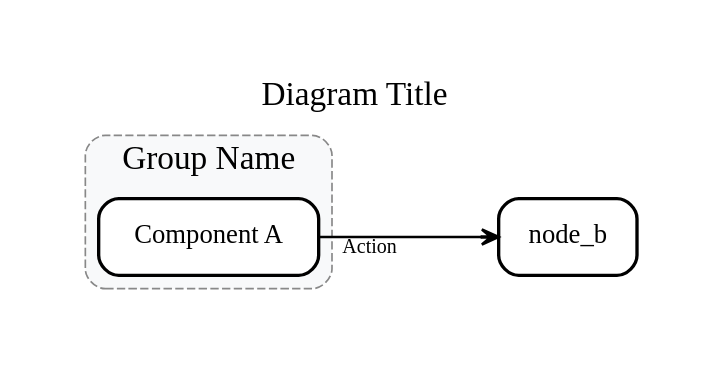
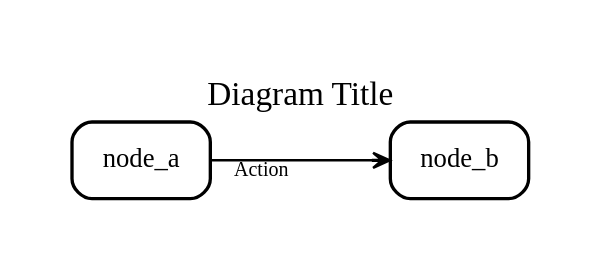
The second of 2 diagrams in SKILL.md (CCALITA/graphviz-dive), drawn with Graphviz before and after one commit. The commit also changed other lines of this file and 51 other files, not shown here.

````diff
--- a/SKILL.md
+++ b/SKILL.md
@@ -62,55 +241,45 @@
 ```dot
 digraph "aspect_name" {
   // 1. Layout Engine
-  layout="dot";       // Hierarchical layout
-  rankdir="LR";       // Left-to-Right flow (standard for system design)
+  layout="dot";
+  rankdir="LR";
   
   // 2. Global Graph Attributes
   graph [
-    fontname="Virgil";      // Excalidraw's font
+    fontname="Virgil";
     fontsize=20;
-    splines="ortho";        // Orthogonal edges (Right angles, VERY IMPORTANT)
-    nodesep=1.0;            // Separation between nodes in same rank
-    ranksep=1.5;            // Separation between ranks
+    splines="ortho";
+    nodesep=1.0;
+    ranksep=1.5;
     pad=0.5;
-    style="filled";         // Needed for clusters
-    color="white";          // Background
+    style="filled";
+    color="white";
     label="Diagram Title";
     labelloc="t";
   ];
 
   // 3. Node Attributes
   node [
-    shape="box";            // Rectangles
-    style="rounded,filled"; // Rounded corners + background
-    fillcolor="#ffffff";    // White background
+    shape="box";
+    style="rounded,filled";
+    fillcolor="#ffffff";
     fontname="Virgil";
     fontsize=16;
-    penwidth=2.0;           // Thicker lines for "sketch" look
-    color="#000000";        // Black stroke
+    penwidth=2.0;
+    color="#000000";
     margin=0.2;
   ];
 
   // 4. Edge Attributes
   edge [
     fontname="Virgil";
     fontsize=12;
     penwidth=1.5;
     color="#000000";
-    arrowhead="vee";        // Standard arrow
+    arrowhead="vee";
   ];
 
-  // Example Subgraph
-  subgraph cluster_group {
-    label="Group Name";
-    style="dashed,rounded"; // Dashed border for logical groups
-    color="#888888";        // Grey border
-    bgcolor="#f8f9fa";      // Light grey background
-    
-    node_a [label="Component A"];
-  }
-
-  // Example Edge with xlabel
-  node_a -> node_b [xlabel="Action"]; // ALWAYS use xlabel for edges!
+  // Use xlabel for edge labels (never label!)
+  node_a -> node_b [xlabel="Action"];
 }
 ```
````
